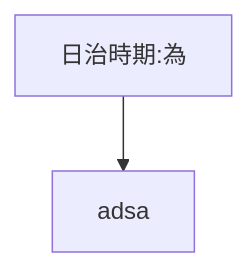
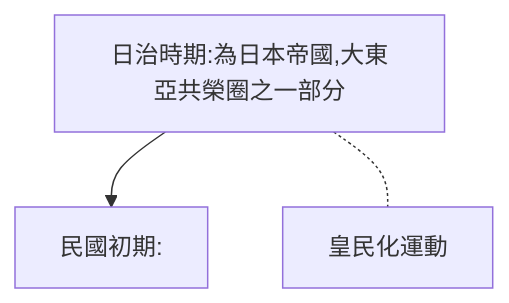
One commit to Ethane1755/Obsidian changed the diagram in Zettelkasten/歷史解釋_認同問題.md. Above: the diagram before and after it, drawn with Mermaid.

Commit message:
Obsidian Backup 2021-09-18 21:34

````diff
--- a/Zettelkasten/歷史解釋_認同問題.md
+++ b/Zettelkasten/歷史解釋_認同問題.md
@@ -9,4 +9,5 @@
 ```mermaid
 graph TD
-日治時期:為-->adsa
+日治時期:為日本帝國,大東亞共榮圈之一部分-->民國初期:
+日治時期:為日本帝國,大東亞共榮圈之一部分-.-皇民化運動
 ```
````
